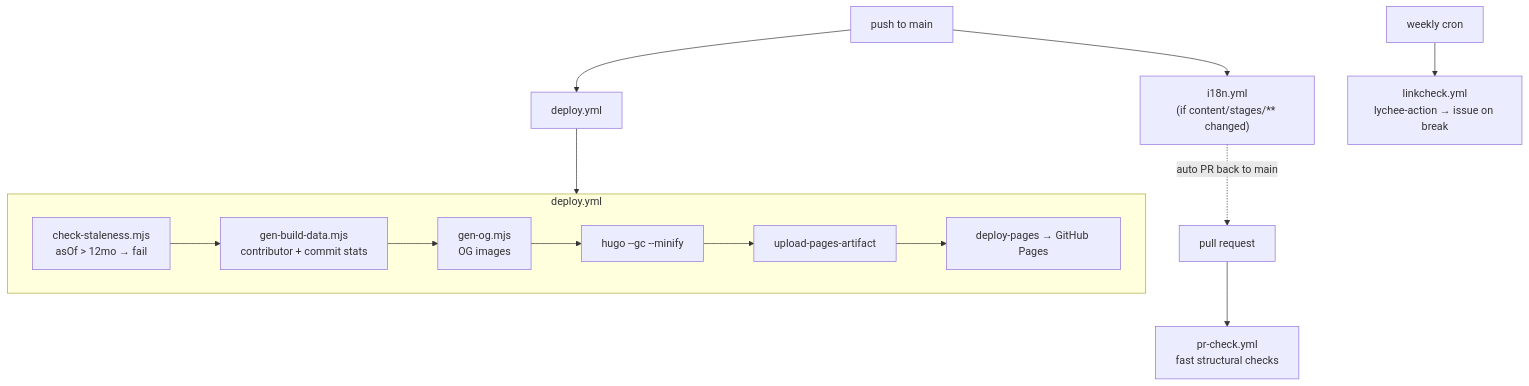
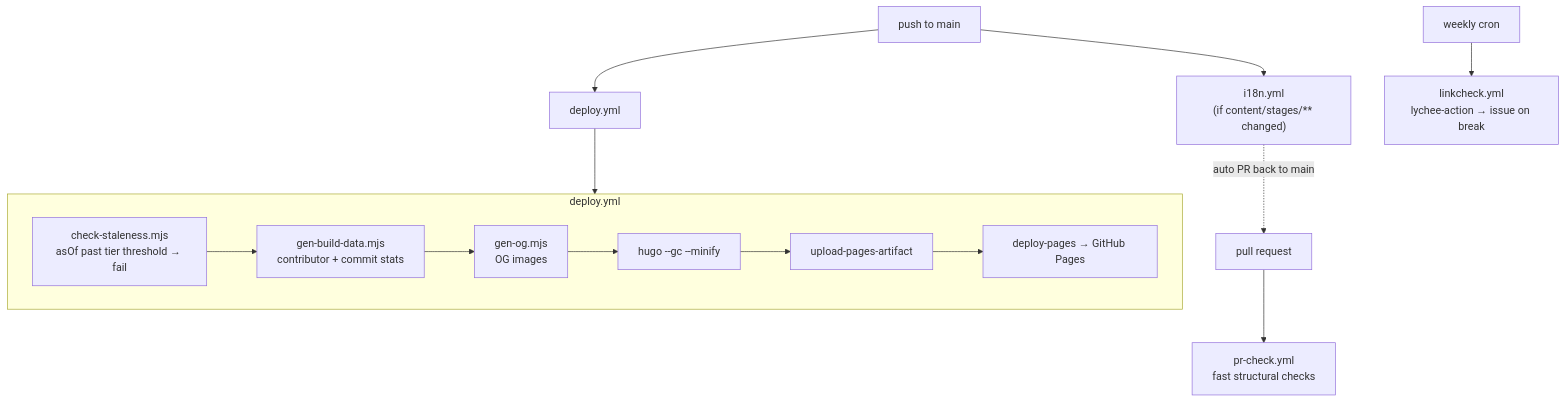
The fourth of 4 diagrams in README.md (7nolikov/ohmoveagain), drawn with Mermaid before and after one commit. The commit also changed other lines of this file and 1 other file, not shown here.

````diff
--- a/README.md
+++ b/README.md
@@ -258,21 +264,21 @@
 ```mermaid
 flowchart TD
     Push["push to main"]
     Push --> Deploy["deploy.yml"]
     Push --> I18n["i18n.yml<br/>(if content/stages/** changed)"]
     PR["pull request"] --> PRCheck["pr-check.yml<br/>fast structural checks"]
     Cron["weekly cron"] --> LC["linkcheck.yml<br/>lychee-action → issue on break"]
 
     subgraph DeployJob["deploy.yml"]
-        S1["check-staleness.mjs<br/>asOf > 12mo → fail"]
+        S1["check-staleness.mjs<br/>asOf past tier threshold → fail"]
         S2["gen-build-data.mjs<br/>contributor + commit stats"]
         S3["gen-og.mjs<br/>OG images"]
         S4["hugo --gc --minify"]
         S5["upload-pages-artifact"]
         S6["deploy-pages → GitHub Pages"]
         S1 --> S2 --> S3 --> S4 --> S5 --> S6
     end
 
     Deploy --> DeployJob
     I18n -. "auto PR back to main" .-> PR
 ```
````
